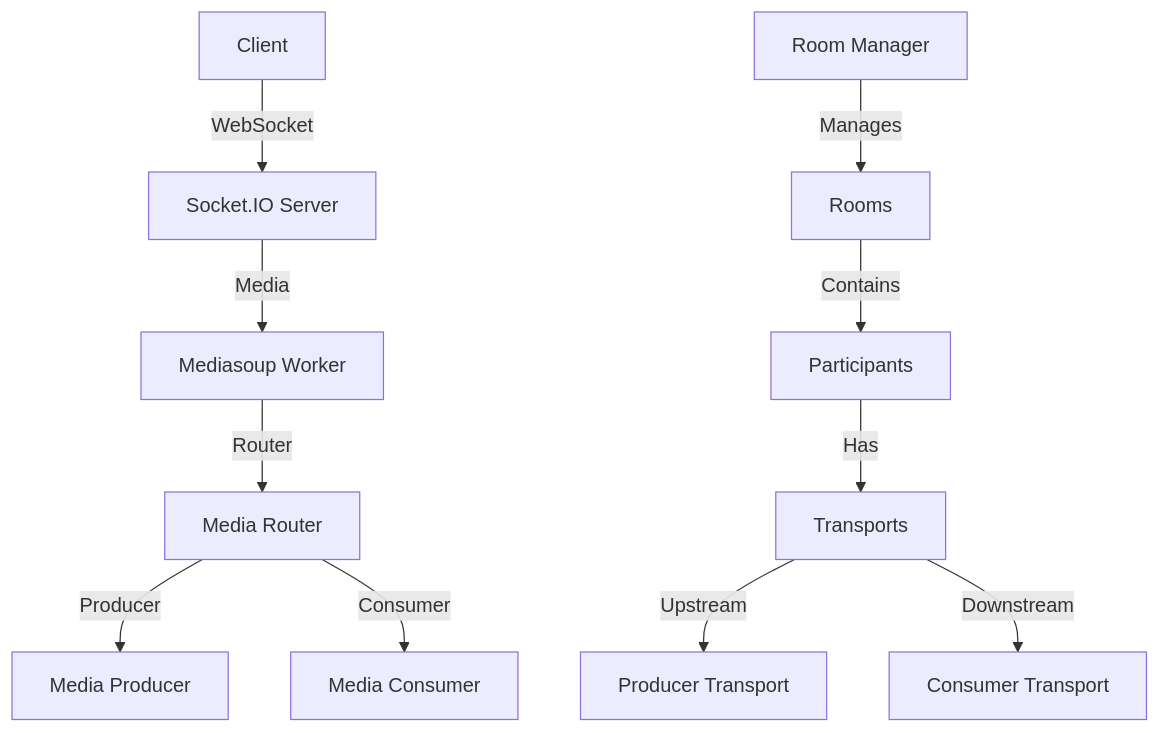
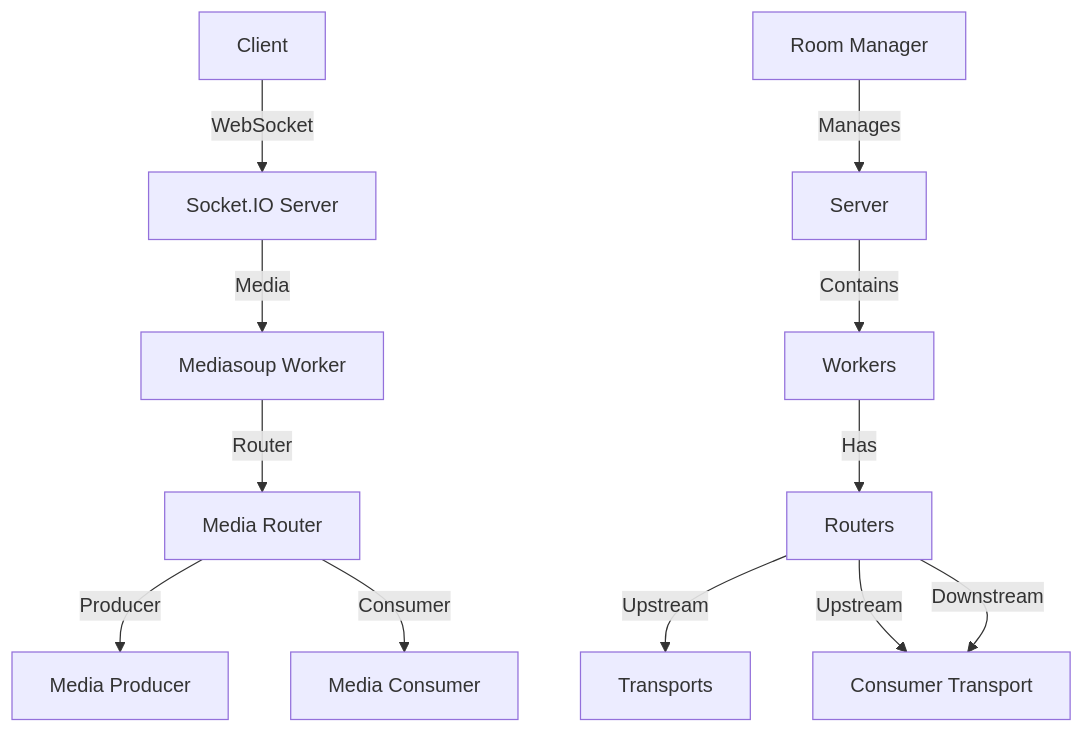
One commit to HarshSharma0801/Muxo changed the diagram in README.md. Above: the diagram before and after it, drawn with Mermaid.

````diff
--- a/README.md
+++ b/README.md
@@ -9,13 +9,14 @@
 ```mermaid
 graph TD
     A[Client] -->|WebSocket| B[Socket.IO Server]
     B -->|Media| C[Mediasoup Worker]
     C -->|Router| D[Media Router]
     D -->|Producer| E[Media Producer]
     D -->|Consumer| F[Media Consumer]
-    G[Room Manager] -->|Manages| H[Rooms]
-    H -->|Contains| I[Participants]
-    I -->|Has| J[Transports]
-    J -->|Upstream| K[Producer Transport]
+    G[Room Manager] -->|Manages| H[Server]
+    H -->|Contains| I[Workers]
+    I -->|Has| J[Routers]
+    J -->|Upstream| K[Transports]
+    J -->|Upstream| L[Producer Transport]
     J -->|Downstream| L[Consumer Transport]
 ```
````
